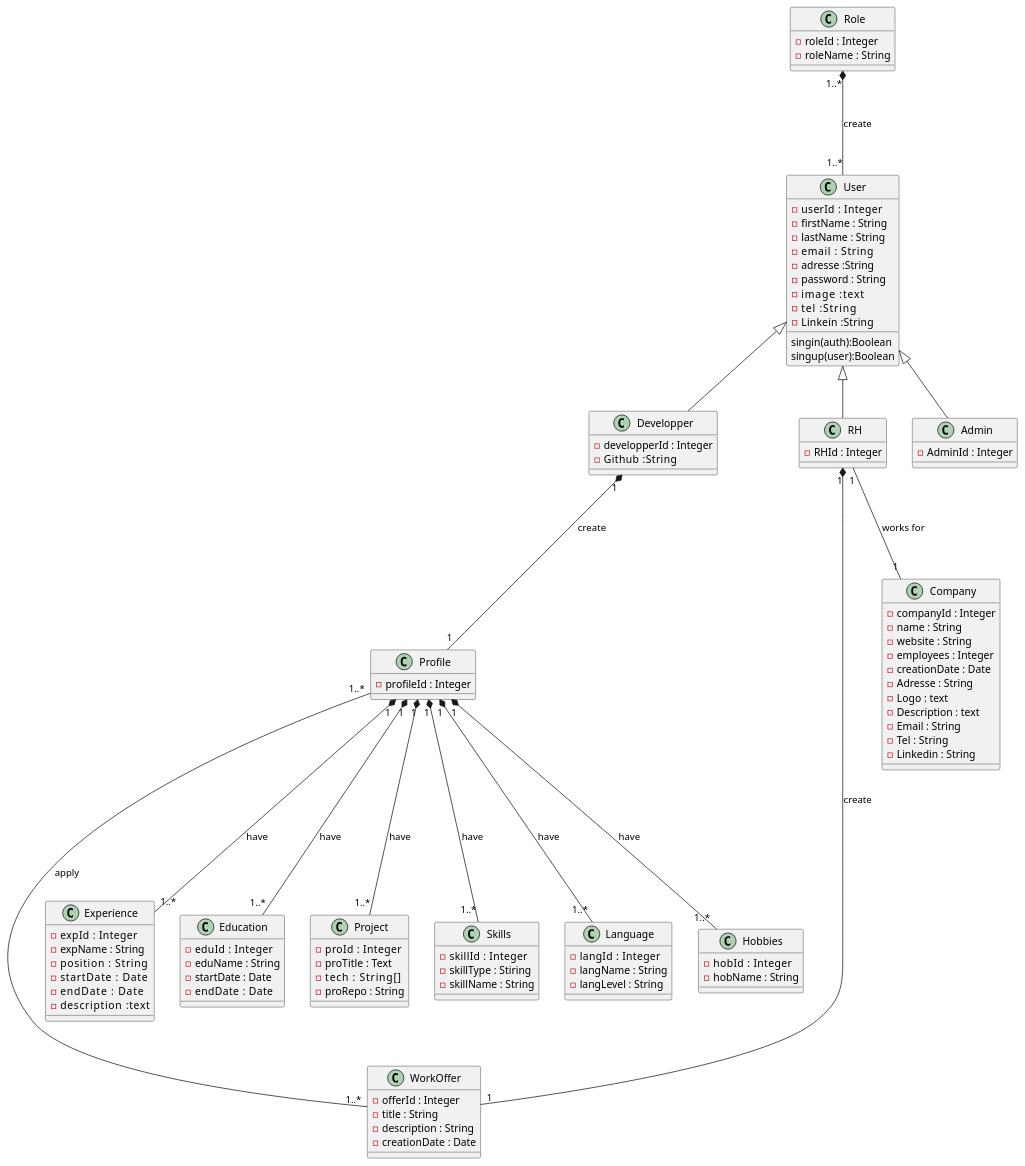
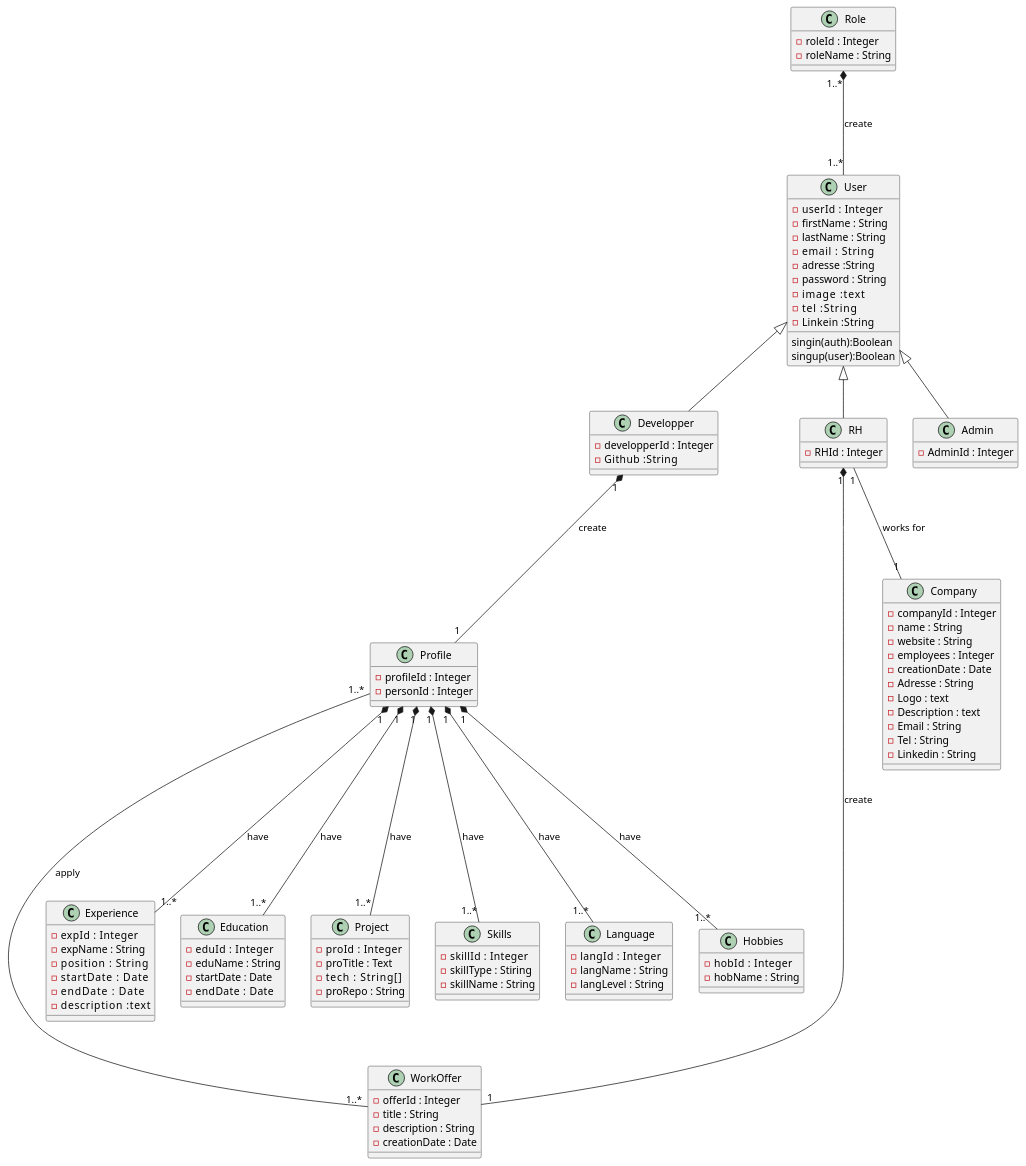
One commit to Elkafhi-Youssef/ITNexusGlobalFull changed the diagram in classdiagram.puml. Above: the diagram before and after it, drawn with PlantUML.

Commit message:
update the class diagram

```diff
--- a/classdiagram.puml
+++ b/classdiagram.puml
@@ -1,108 +1,109 @@
 @startuml
 
 class           User{
 -userId   : Integer
 -firstName : String
 -lastName : String
 -email    : String
 -adresse :String
 -password : String
 -image    :text
 -tel    :String
 -Linkein  :String
 {method} singin(auth):Boolean
 {method} singup(user):Boolean
 
 }
 class Role{
 -roleId : Integer
 -roleName : String
 }
 class  Developper{
 -developperId : Integer
 -Github   :String
 
 }
 class  RH{
 -RHId : Integer
 
 }
 class Admin{
 -AdminId : Integer
 }
 class Profile{
 -profileId : Integer
+-personId : Integer
 }
 class WorkOffer{
 -offerId : Integer
 -title : String
 -description : String
 -creationDate : Date
 
 }
 class  Company{
 -companyId : Integer
 -name : String
 -website : String
 -employees : Integer
 -creationDate : Date
 -Adresse : String
 -Logo : text
 -Description : text
 -Email : String
 -Tel : String
 -Linkedin : String
 }
 class           Experience{
 -expId   : Integer
 -expName : String
 -position     : String
 -startDate     : Date
 -endDate     : Date
 -description     :text
 
 }
 class           Education{
 -eduId   : Integer
 -eduName : String
 -startDate : Date
 -endDate   : Date
 }
 
 class           Project{
 -proId   : Integer
 -proTitle : Text
 -tech     : String[]
 -proRepo : String
 }
 class           Skills{
 -skillId   : Integer
 -skillType : Stiring
 -skillName : String
 }
 class           Language{
 -langId   : Integer
 -langName : String
 -langLevel : String
 }
 class           Hobbies{
 -hobId   : Integer
 -hobName : String
 }
 
 
 User  <|--  Developper
 User  <|-- RH
 User  <|--  Admin
 Developper "1" *--- "1" Profile : create
 RH "1" --- "1" Company : works for
 RH "1" *--- "1" WorkOffer : create
 Role "1..*" *--- "1..*" User : create
 Profile "1..*" ---- "1..*" WorkOffer : apply
 Profile "1" *--- "1..*" Experience : have
 Profile "1" *--- "1..*" Education : have
 Profile "1" *--- "1..*" Skills : have
 Profile "1" *--- "1..*" Language : have
 Profile "1" *--- "1..*" Project : have
 Profile "1" *--- "1..*" Hobbies : have
 @enduml
```
